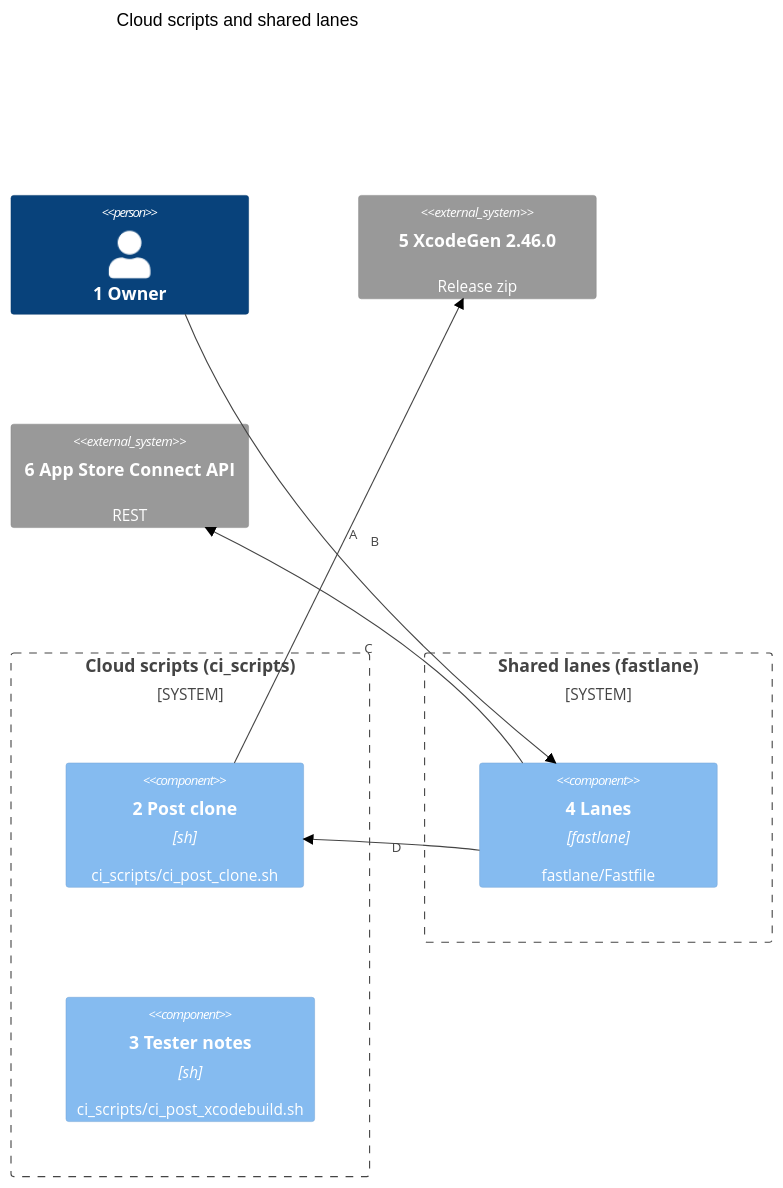
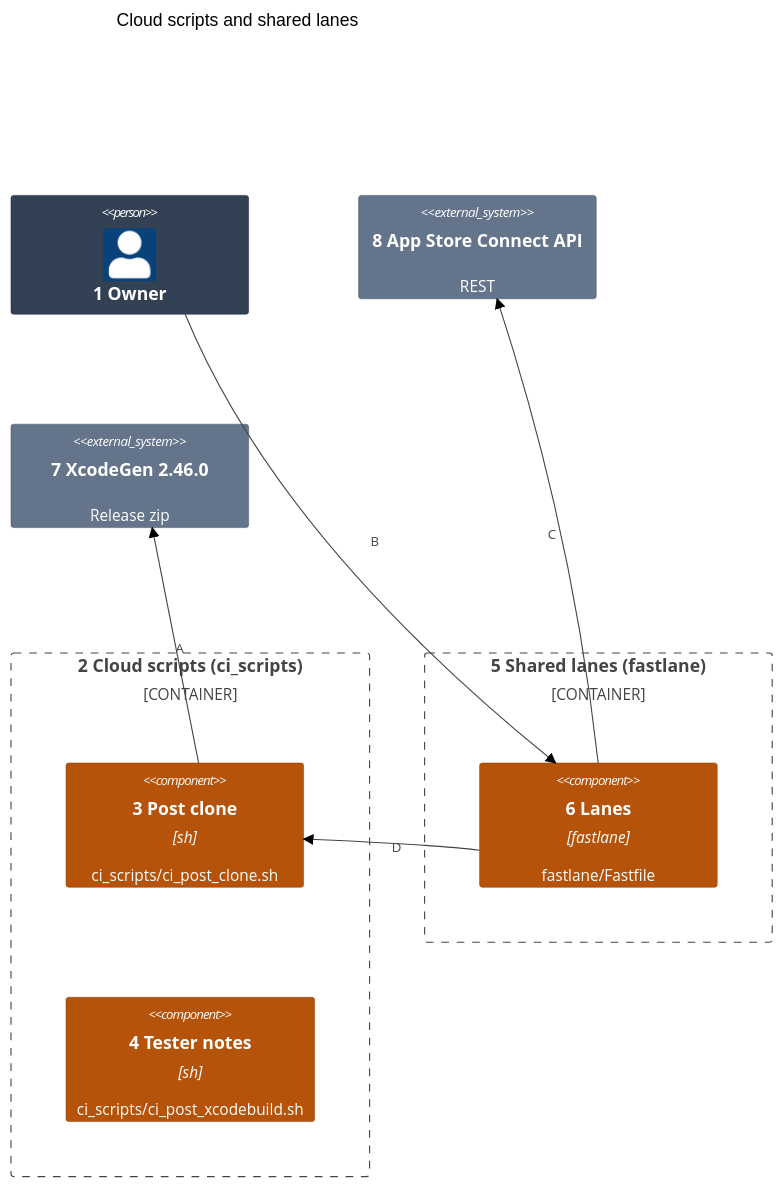
Before and after one commit to may-journal/xcode-tooling: the first of 2 diagrams in docs/architecture/03-components.md, drawn with Mermaid (forest theme). The commit also changed other lines of this file and 5 other files, not shown here.

First line of the commit message:
docs(architecture): bring the views to the per-level form and palette (#7)

````diff
--- a/docs/architecture/03-components.md
+++ b/docs/architecture/03-components.md
@@ -7,23 +7,29 @@
 ```mermaid
 C4Component
     title Cloud scripts and shared lanes
 
     Person(owner, "1 Owner")
+    System_Ext(asc, "8 App Store Connect API", "REST")
+    System_Ext(xcodegen, "7 XcodeGen 2.46.0", "Release zip")
 
-    System_Boundary(scripts, "Cloud scripts (ci_scripts)") {
-        Component(clone, "2 Post clone", "sh", "ci_scripts/ci_post_clone.sh")
-        Component(notes, "3 Tester notes", "sh", "ci_scripts/ci_post_xcodebuild.sh")
+    Container_Boundary(scripts, "2 Cloud scripts (ci_scripts)") {
+        Component(clone, "3 Post clone", "sh", "ci_scripts/ci_post_clone.sh")
+        Component(notes, "4 Tester notes", "sh", "ci_scripts/ci_post_xcodebuild.sh")
     }
 
-    System_Boundary(lanes, "Shared lanes (fastlane)") {
-        Component(fastfile, "4 Lanes", "fastlane", "fastlane/Fastfile")
+    Container_Boundary(lanes, "5 Shared lanes (fastlane)") {
+        Component(fastfile, "6 Lanes", "fastlane", "fastlane/Fastfile")
     }
-
-    System_Ext(xcodegen, "5 XcodeGen 2.46.0", "Release zip")
-    System_Ext(asc, "6 App Store Connect API", "REST")
 
     Rel(clone, xcodegen, "A")
     Rel(owner, fastfile, "B")
     Rel(fastfile, asc, "C")
     Rel(fastfile, clone, "D")
+
+    UpdateElementStyle(owner, $bgColor="#334155", $borderColor="#1e293b", $fontColor="#ffffff")
+    UpdateElementStyle(clone, $bgColor="#b45309", $borderColor="#92400e", $fontColor="#ffffff")
+    UpdateElementStyle(notes, $bgColor="#b45309", $borderColor="#92400e", $fontColor="#ffffff")
+    UpdateElementStyle(fastfile, $bgColor="#b45309", $borderColor="#92400e", $fontColor="#ffffff")
+    UpdateElementStyle(xcodegen, $bgColor="#64748b", $borderColor="#475569", $fontColor="#ffffff")
+    UpdateElementStyle(asc, $bgColor="#64748b", $borderColor="#475569", $fontColor="#ffffff")
 ```
````
